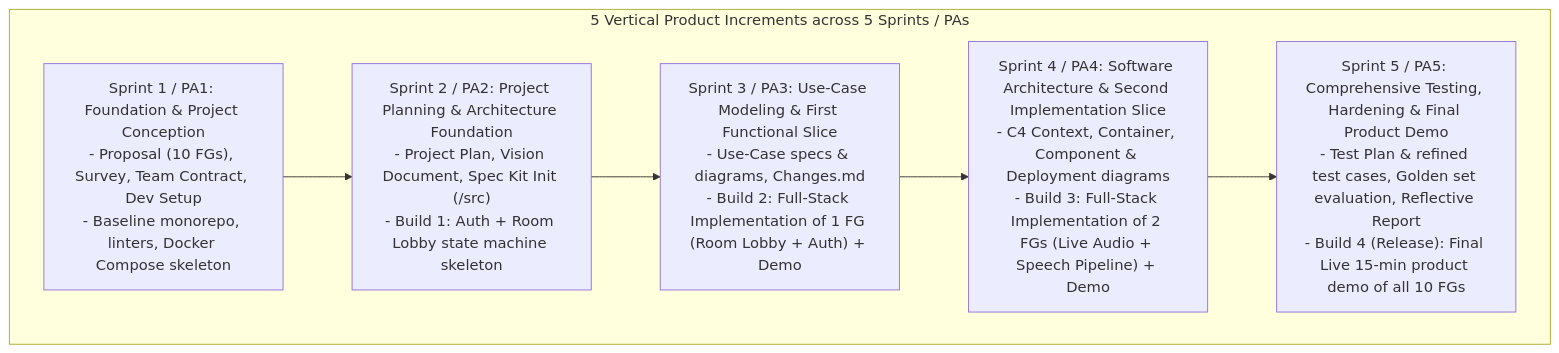
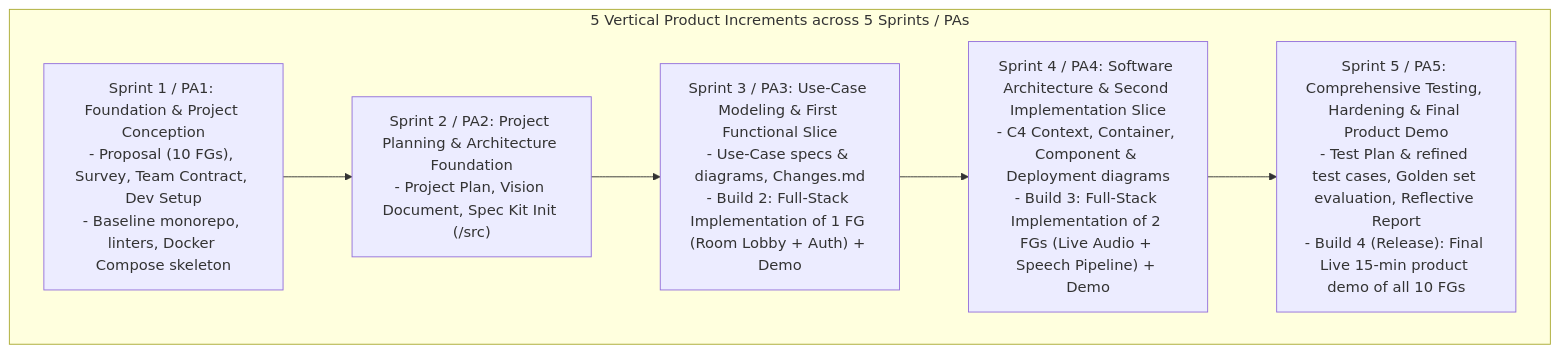
One commit to nguyendinhthienloc/DebateSpeak changed the first of 2 diagrams in docs/management/DEV_TOOLS_AND_PROCESS.md. Above: the diagram before and after it, drawn with Mermaid. The commit also changed 2 other files, not shown here.

Commit message:
docs(process): drop Build 1 from Sprint 2 in process, contract and assignment index

````diff
--- a/docs/management/DEV_TOOLS_AND_PROCESS.md
+++ b/docs/management/DEV_TOOLS_AND_PROCESS.md
@@ -17,11 +17,11 @@
 ```mermaid
 graph TD
     subgraph IncrementalSlices ["5 Vertical Product Increments across 5 Sprints / PAs"]
         S1["Sprint 1 / PA1: Foundation & Project Conception<br/>- Proposal (10 FGs), Survey, Team Contract, Dev Setup<br/>- Baseline monorepo, linters, Docker Compose skeleton"]
-        S2["Sprint 2 / PA2: Project Planning & Architecture Foundation<br/>- Project Plan, Vision Document, Spec Kit Init (/src)<br/>- Build 1: Auth + Room Lobby state machine skeleton"]
+        S2["Sprint 2 / PA2: Project Planning & Architecture Foundation<br/>- Project Plan, Vision Document, Spec Kit Init (/src)"]
         S3["Sprint 3 / PA3: Use-Case Modeling & First Functional Slice<br/>- Use-Case specs & diagrams, Changes.md<br/>- Build 2: Full-Stack Implementation of 1 FG (Room Lobby + Auth) + Demo"]
         S4["Sprint 4 / PA4: Software Architecture & Second Implementation Slice<br/>- C4 Context, Container, Component & Deployment diagrams<br/>- Build 3: Full-Stack Implementation of 2 FGs (Live Audio + Speech Pipeline) + Demo"]
         S5["Sprint 5 / PA5: Comprehensive Testing, Hardening & Final Product Demo<br/>- Test Plan & refined test cases, Golden set evaluation, Reflective Report<br/>- Build 4 (Release): Final Live 15-min product demo of all 10 FGs"]
     end
     S1 --> S2 --> S3 --> S4 --> S5
 ```
````
